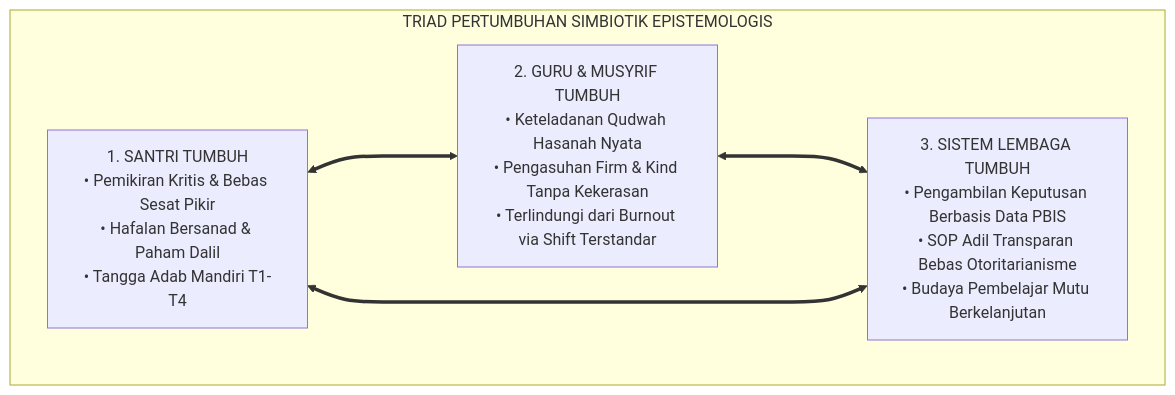
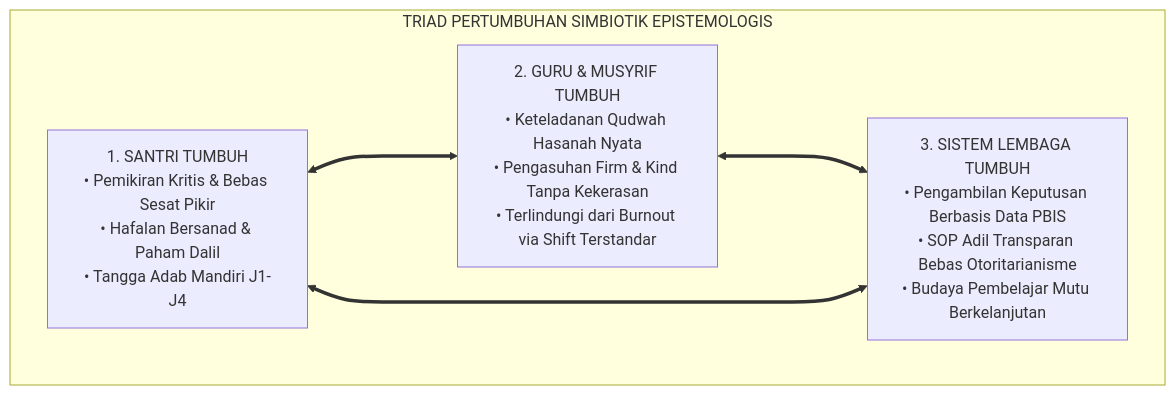
The third of 4 diagrams in 01 Philosophy/01 Worldview/02 Epistemologi TUMBUH/P1-01-02-Epistemologi-TUMBUH.md (wandiapriliyandi/tumbuh), drawn with Mermaid before and after one commit. The commit also changed 209 other files, not shown here.

````diff
--- a/01 Philosophy/01 Worldview/02 Epistemologi TUMBUH/P1-01-02-Epistemologi-TUMBUH.md
+++ b/01 Philosophy/01 Worldview/02 Epistemologi TUMBUH/P1-01-02-Epistemologi-TUMBUH.md
@@ -131,14 +131,14 @@
 ```mermaid
 graph TD
     subgraph TriadEpistemologiTUMBUH["TRIAD PERTUMBUHAN SIMBIOTIK EPISTEMOLOGIS"]
-        S["1. SANTRI TUMBUH<br/>• Pemikiran Kritis & Bebas Sesat Pikir<br/>• Hafalan Bersanad & Paham Dalil<br/>• Tangga Adab Mandiri T1-T4"]
+        S["1. SANTRI TUMBUH<br/>• Pemikiran Kritis & Bebas Sesat Pikir<br/>• Hafalan Bersanad & Paham Dalil<br/>• Tangga Adab Mandiri J1-J4"]
         
         G["2. GURU & MUSYRIF TUMBUH<br/>• Keteladanan Qudwah Hasanah Nyata<br/>• Pengasuhan Firm & Kind Tanpa Kekerasan<br/>• Terlindungi dari Burnout via Shift Terstandar"]
         
         L["3. SISTEM LEMBAGA TUMBUH<br/>• Pengambilan Keputusan Berbasis Data PBIS<br/>• SOP Adil Transparan Bebas Otoritarianisme<br/>• Budaya Pembelajar Mutu Berkelanjutan"]
         
         S <===> G
         G <===> L
         L <===> S
     end
 ```
````
